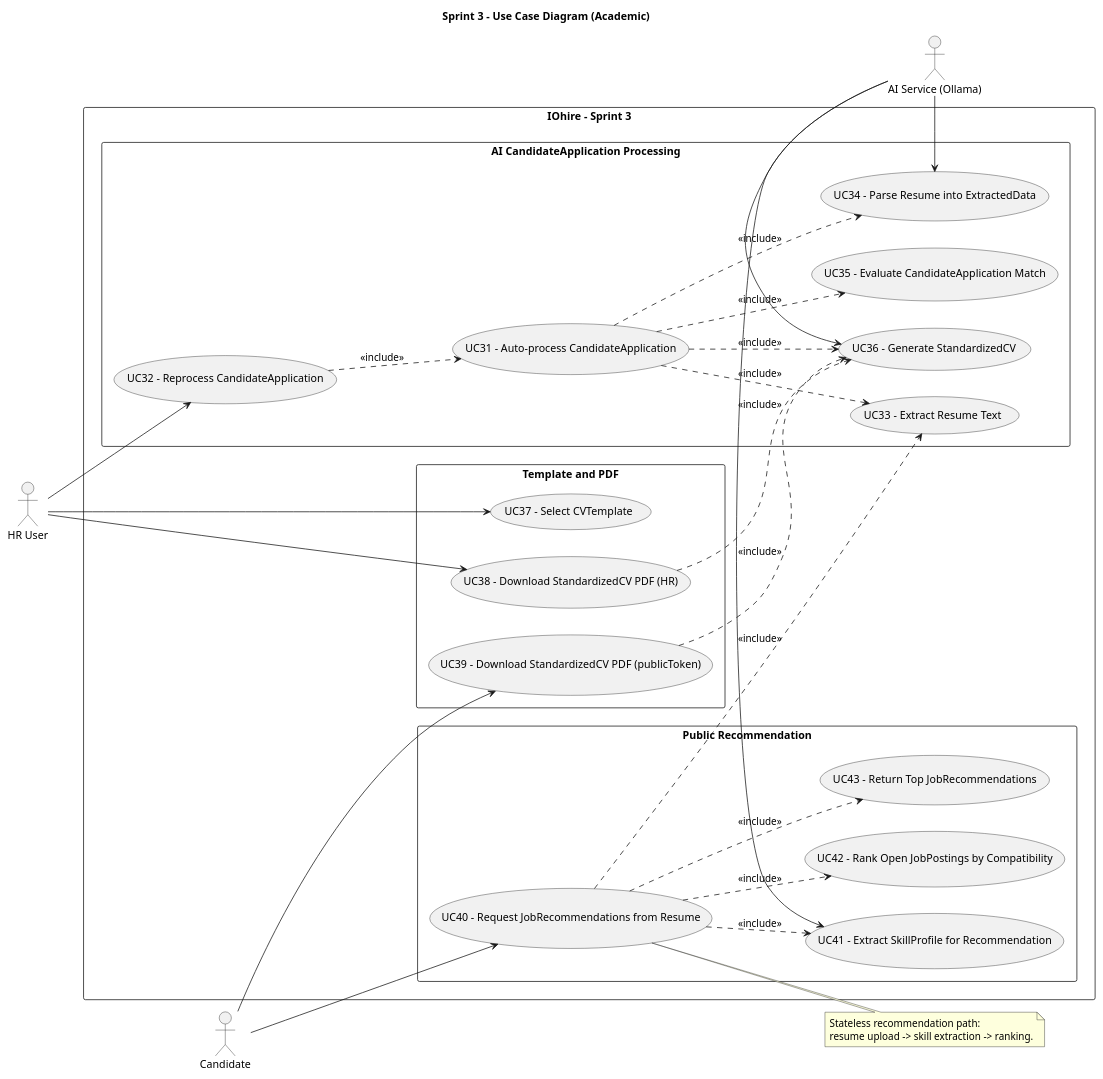
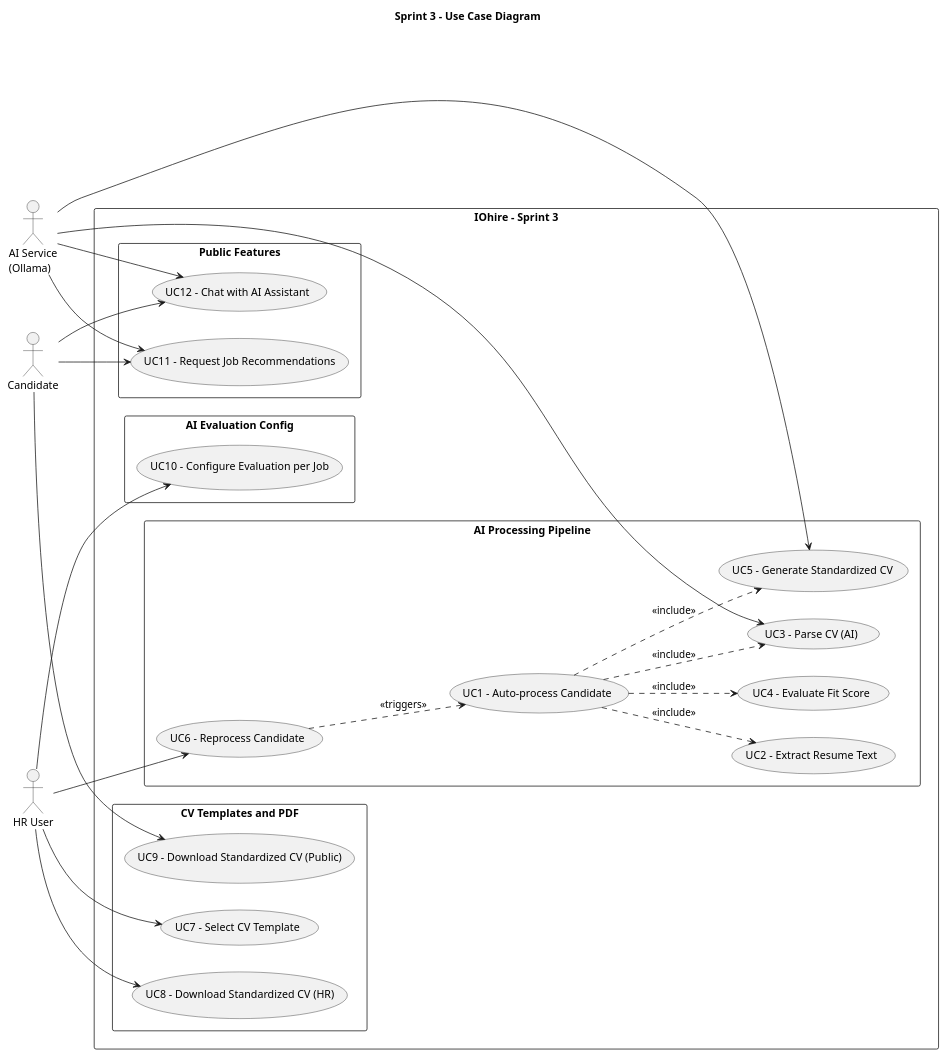
One commit to OussamaRhimi/IOhire changed the diagram in docs/uml/sprint3_usecase.puml. Above: the diagram before and after it, drawn with PlantUML. The commit also changed 35 other files, not shown here.

```diff
--- a/docs/uml/sprint3_usecase.puml
+++ b/docs/uml/sprint3_usecase.puml
@@ -1,65 +1,58 @@
 @startuml
-title Sprint 3 - Use Case Diagram (Academic)
+title Sprint 3 - Use Case Diagram
 left to right direction
 skinparam packageStyle rectangle
 skinparam shadowing false
 
 actor Candidate as A_Candidate
 actor "HR User" as A_HR
-actor "AI Service (Ollama)" as A_AI
+actor "AI Service\n(Ollama)" as A_AI
 
 rectangle "IOhire - Sprint 3" {
-  package "AI CandidateApplication Processing" {
-    usecase "UC31 - Auto-process CandidateApplication" as UC31
-    usecase "UC32 - Reprocess CandidateApplication" as UC32
-    usecase "UC33 - Extract Resume Text" as UC33
-    usecase "UC34 - Parse Resume into ExtractedData" as UC34
-    usecase "UC35 - Evaluate CandidateApplication Match" as UC35
-    usecase "UC36 - Generate StandardizedCV" as UC36
+  package "AI Processing Pipeline" {
+    usecase "UC1 - Auto-process Candidate" as UC1
+    usecase "UC2 - Extract Resume Text" as UC2
+    usecase "UC3 - Parse CV (AI)" as UC3
+    usecase "UC4 - Evaluate Fit Score" as UC4
+    usecase "UC5 - Generate Standardized CV" as UC5
+    usecase "UC6 - Reprocess Candidate" as UC6
   }
 
-  package "Template and PDF" {
-    usecase "UC37 - Select CVTemplate" as UC37
-    usecase "UC38 - Download StandardizedCV PDF (HR)" as UC38
-    usecase "UC39 - Download StandardizedCV PDF (publicToken)" as UC39
+  package "CV Templates and PDF" {
+    usecase "UC7 - Select CV Template" as UC7
+    usecase "UC8 - Download Standardized CV (HR)" as UC8
+    usecase "UC9 - Download Standardized CV (Public)" as UC9
   }
 
-  package "Public Recommendation" {
-    usecase "UC40 - Request JobRecommendations from Resume" as UC40
-    usecase "UC41 - Extract SkillProfile for Recommendation" as UC41
-    usecase "UC42 - Rank Open JobPostings by Compatibility" as UC42
-    usecase "UC43 - Return Top JobRecommendations" as UC43
+  package "AI Evaluation Config" {
+    usecase "UC10 - Configure Evaluation per Job" as UC10
+  }
+
+  package "Public Features" {
+    usecase "UC11 - Request Job Recommendations" as UC11
+    usecase "UC12 - Chat with AI Assistant" as UC12
   }
 }
 
-A_HR --> UC32
-A_HR --> UC37
-A_HR --> UC38
+A_HR --> UC6
+A_HR --> UC7
+A_HR --> UC8
+A_HR --> UC10
 
-A_Candidate --> UC39
-A_Candidate --> UC40
+A_Candidate --> UC9
+A_Candidate --> UC11
+A_Candidate --> UC12
 
-UC31 ..> UC33 : <<include>>
-UC31 ..> UC34 : <<include>>
-UC31 ..> UC35 : <<include>>
-UC31 ..> UC36 : <<include>>
+UC1 ..> UC2 : <<include>>
+UC1 ..> UC3 : <<include>>
+UC1 ..> UC4 : <<include>>
+UC1 ..> UC5 : <<include>>
 
-UC32 ..> UC31 : <<include>>
-UC38 ..> UC36 : <<include>>
-UC39 ..> UC36 : <<include>>
+UC6 ..> UC1 : <<triggers>>
 
-UC40 ..> UC41 : <<include>>
-UC40 ..> UC42 : <<include>>
-UC40 ..> UC43 : <<include>>
-UC40 ..> UC33 : <<include>>
-
-A_AI -left-> UC34
-A_AI -left-> UC36
-A_AI -left-> UC41
-
-note right of UC40
-  Stateless recommendation path:
-  resume upload -> skill extraction -> ranking.
-end note
+A_AI --> UC3
+A_AI --> UC5
+A_AI --> UC11
+A_AI --> UC12
 
 @enduml
```
